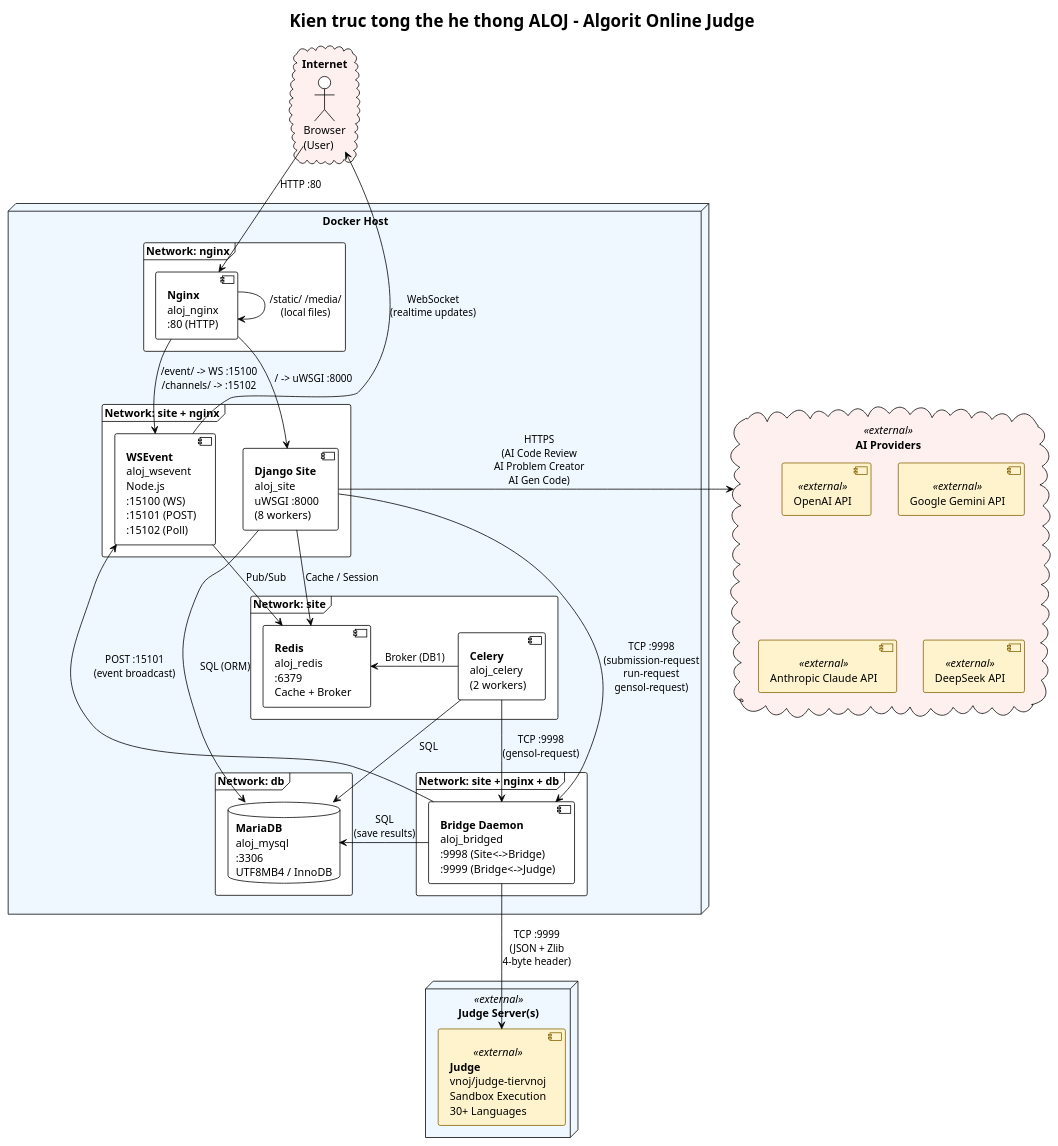
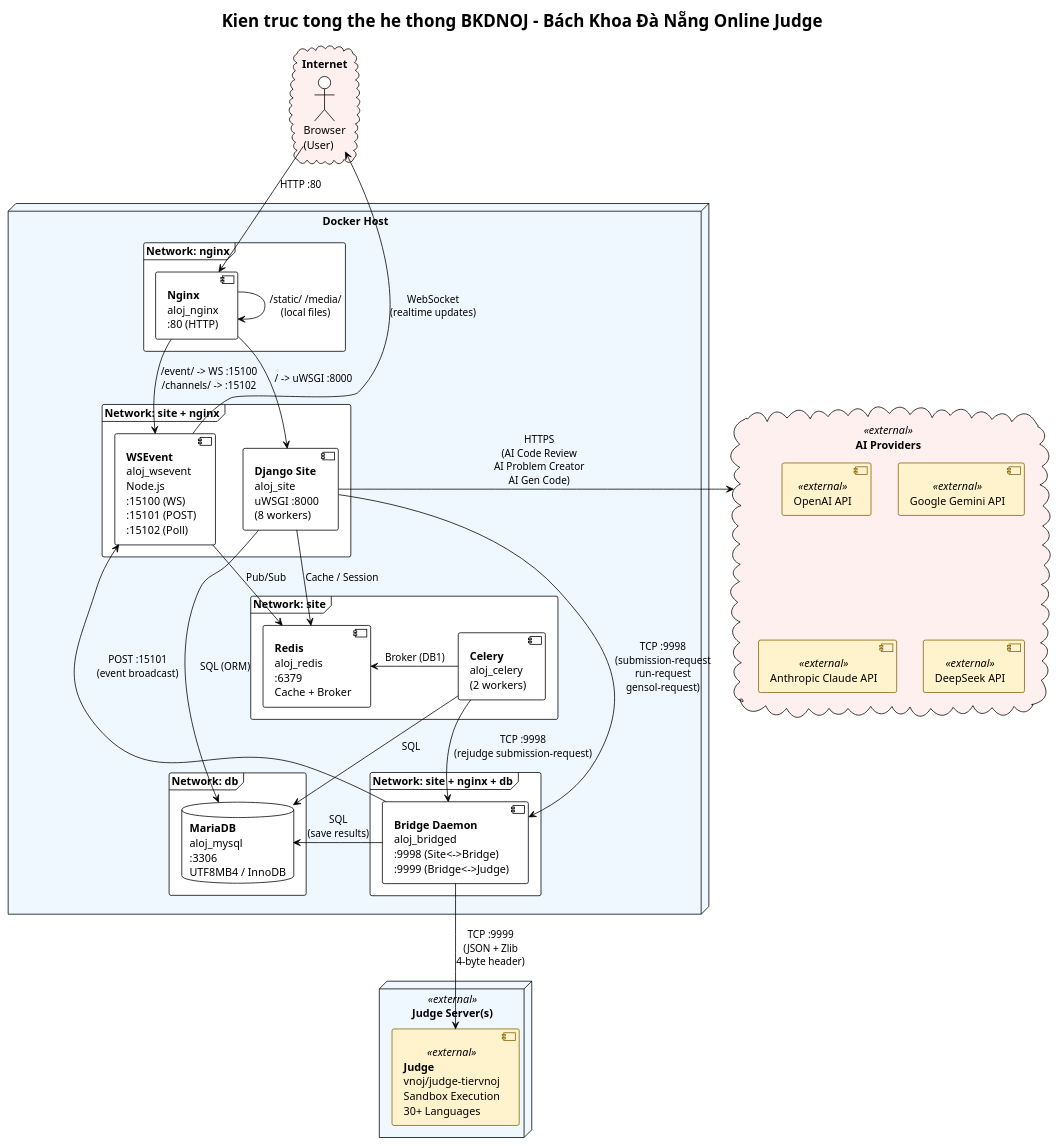
One commit to Algorit-loop/My-Online-Judge changed the diagram in document/gzx/03_architecture.puml. Above: the diagram before and after it, drawn with PlantUML. The commit also changed 44 other files, not shown here.

```diff
--- a/document/gzx/03_architecture.puml
+++ b/document/gzx/03_architecture.puml
@@ -1,90 +1,90 @@
-@startuml Architecture_ALOJ
+@startuml Architecture_BKDNOJ
 !theme plain
 skinparam component {
   BackgroundColor<<new>> #DDFFD6
   BorderColor<<new>> #2E8B57
   BackgroundColor<<external>> #FFF3CD
   BorderColor<<external>> #856404
 }
 skinparam node {
   BackgroundColor #F0F8FF
 }
 skinparam cloud {
   BackgroundColor #FFF0F0
 }
 
-title Kien truc tong the he thong ALOJ - Algorit Online Judge
+title Kien truc tong the he thong BKDNOJ - Bách Khoa Đà Nẵng Online Judge
 
 cloud "Internet" as Internet {
   actor "Browser\n(User)" as Browser
 }
 
 cloud "AI Providers" <<external>> as AI {
   component "OpenAI API" as OpenAI <<external>>
   component "Google Gemini API" as Gemini <<external>>
   component "Anthropic Claude API" as Claude <<external>>
   component "DeepSeek API" as DeepSeek <<external>>
 }
 
 node "Docker Host" as DockerHost {
 
   frame "Network: nginx" as NetNginx {
     component "**Nginx**\naloj_nginx\n:80 (HTTP)" as Nginx
   }
 
   frame "Network: site + nginx" {
     component "**Django Site**\naloj_site\nuWSGI :8000\n(8 workers)" as Site
     component "**WSEvent**\naloj_wsevent\nNode.js\n:15100 (WS)\n:15101 (POST)\n:15102 (Poll)" as WSEvent
   }
 
   frame "Network: site" {
     component "**Redis**\naloj_redis\n:6379\nCache + Broker" as Redis
     component "**Celery**\naloj_celery\n(2 workers)" as Celery
   }
 
   frame "Network: db" {
     database "**MariaDB**\naloj_mysql\n:3306\nUTF8MB4 / InnoDB" as DB
   }
 
   frame "Network: site + nginx + db" {
     component "**Bridge Daemon**\naloj_bridged\n:9998 (Site<->Bridge)\n:9999 (Bridge<->Judge)" as Bridge
   }
 }
 
 node "Judge Server(s)" <<external>> as JudgeNode {
   component "**Judge**\nvnoj/judge-tiervnoj\nSandbox Execution\n30+ Languages" as Judge <<external>>
 }
 
 ' === Connections ===
 
 ' Browser -> Nginx
 Browser -down-> Nginx : "HTTP :80"
 
 ' Nginx routing
 Nginx -down-> Site : "/ -> uWSGI :8000"
 Nginx -down-> WSEvent : "/event/ -> WS :15100\n/channels/ -> :15102"
 Nginx -right-> Nginx : "/static/ /media/\n(local files)"
 
 ' Site connections
 Site -down-> DB : "SQL (ORM)"
 Site -down-> Redis : "Cache / Session"
 Site -right-> Bridge : "TCP :9998\n(submission-request\nrun-request\ngensol-request)"
 Site -left-> AI : "HTTPS\n(AI Code Review\nAI Problem Creator\nAI Gen Code)"
 
 ' Celery
 Celery -down-> DB : "SQL"
 Celery -left-> Redis : "Broker (DB1)"
-Celery -right-> Bridge : "TCP :9998\n(gensol-request)"
+Celery -right-> Bridge : "TCP :9998\n(rejudge submission-request)"
 
 ' Bridge
 Bridge -down-> Judge : "TCP :9999\n(JSON + Zlib\n4-byte header)"
 Bridge -up-> WSEvent : "POST :15101\n(event broadcast)"
 Bridge -left-> DB : "SQL\n(save results)"
 
 ' WSEvent -> Browser
 WSEvent -up-> Browser : "WebSocket\n(realtime updates)"
 
 ' Redis shared
 WSEvent -down-> Redis : "Pub/Sub"
 
 @enduml
```
